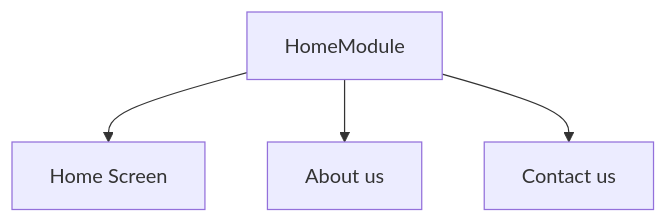
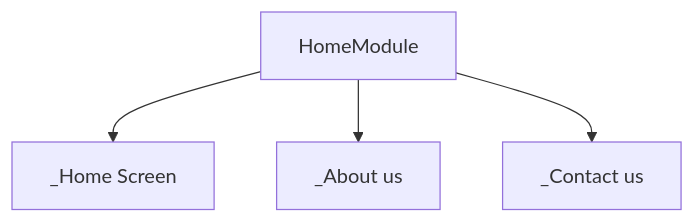
One commit to khalekuzzamancse/Disaster-Information-System changed the diagram in feature/home/readme.md. Above: the diagram before and after it, drawn with Mermaid. The commit also changed other lines of this file and 2 other files, not shown here.

````diff
--- a/feature/home/readme.md
+++ b/feature/home/readme.md
@@ -12,15 +13,15 @@
 ```mermaid
 graph TD
 
 %%defining LoginScreen Nodes
 home-module[HomeModule]
-    home[Home Screen]
-    about-us[About us]
-    contact-us[Contact us]
+    home[_Home Screen]
+    about-us[_About us]
+    contact-us[_Contact us]
 
     home-module --> home
      home-module --> about-us
       home-module --> contact-us
 
 
 ```
````
